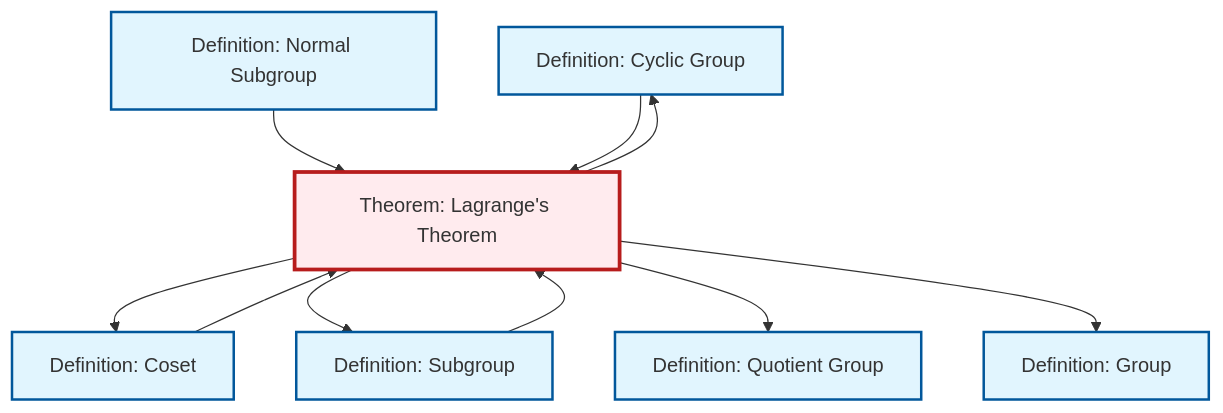
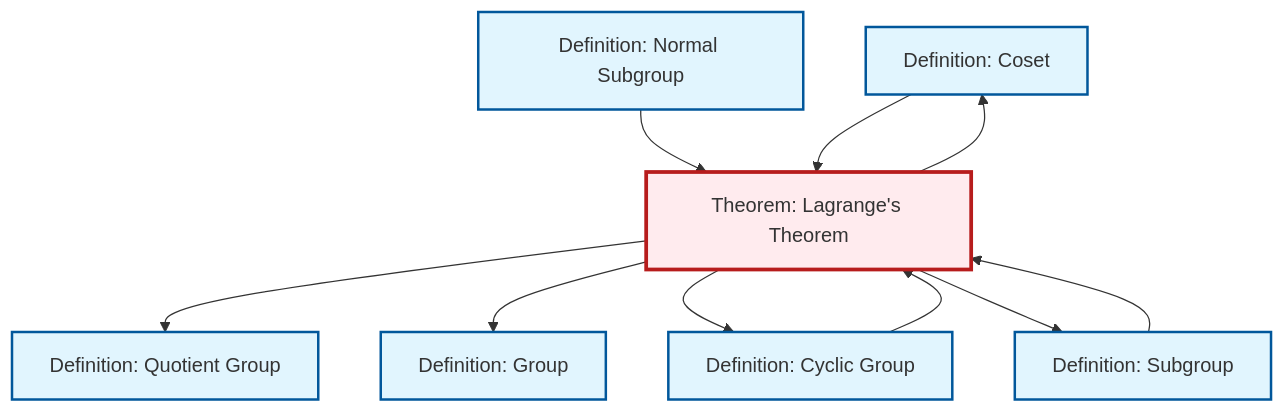
Before and after one commit to RK0429/ModernMath: the diagram in content/en/algebra/thm-lagrange.qmd, drawn with Mermaid. The commit also changed other lines of this file and 434 other files, not shown here.

````diff
--- a/content/en/algebra/thm-lagrange.qmd
+++ b/content/en/algebra/thm-lagrange.qmd
@@ -49,32 +49,32 @@
 ```{mermaid}
 %%| fig-cap: "Local dependency graph"
 graph TD
     classDef definition fill:#e1f5fe,stroke:#01579b,stroke-width:2px
     classDef theorem fill:#f3e5f5,stroke:#4a148c,stroke-width:2px
     classDef axiom fill:#fff3e0,stroke:#e65100,stroke-width:2px
     classDef example fill:#e8f5e9,stroke:#1b5e20,stroke-width:2px
     classDef current fill:#ffebee,stroke:#b71c1c,stroke-width:3px
-    def-cyclic-group["Definition: Cyclic Group"]:::definition
-    def-subgroup["Definition: Subgroup"]:::definition
     def-coset["Definition: Coset"]:::definition
+    def-group["Definition: Group"]:::definition
     def-normal-subgroup["Definition: Normal Subgroup"]:::definition
     def-quotient-group["Definition: Quotient Group"]:::definition
     thm-lagrange["Theorem: Lagrange's Theorem"]:::theorem
-    def-group["Definition: Group"]:::definition
+    def-cyclic-group["Definition: Cyclic Group"]:::definition
+    def-subgroup["Definition: Subgroup"]:::definition
+    thm-lagrange --> def-quotient-group
+    def-normal-subgroup --> thm-lagrange
+    thm-lagrange --> def-group
     thm-lagrange --> def-cyclic-group
-    def-normal-subgroup --> thm-lagrange
     thm-lagrange --> def-coset
+    def-coset --> thm-lagrange
+    def-cyclic-group --> thm-lagrange
     thm-lagrange --> def-subgroup
-    def-cyclic-group --> thm-lagrange
-    def-coset --> thm-lagrange
-    thm-lagrange --> def-quotient-group
-    thm-lagrange --> def-group
     def-subgroup --> thm-lagrange
     class thm-lagrange current
+    click def-coset "def-coset.html" "Go to Coset definition"
+    click def-group "def-group.html" "Go to Group definition"
+    click def-normal-subgroup "def-normal-subgroup.html" "Go to Normal Subgroup definition"
+    click def-quotient-group "def-quotient-group.html" "Go to Quotient Group definition"
     click def-cyclic-group "def-cyclic-group.html" "Go to Cyclic Group definition"
     click def-subgroup "def-subgroup.html" "Go to Subgroup definition"
-    click def-coset "def-coset.html" "Go to Coset definition"
-    click def-normal-subgroup "def-normal-subgroup.html" "Go to Normal Subgroup definition"
-    click def-quotient-group "def-quotient-group.html" "Go to Quotient Group definition"
-    click def-group "def-group.html" "Go to Group definition"
 ```
````
